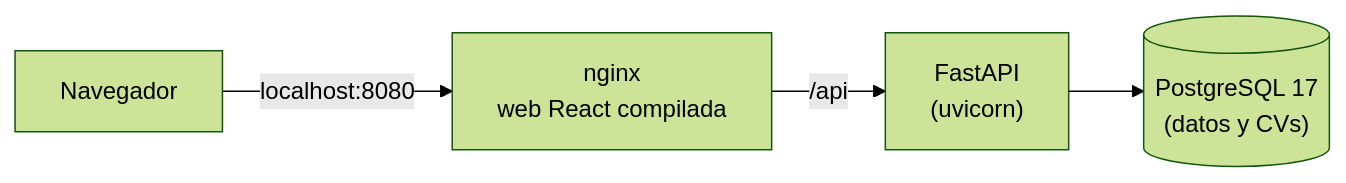
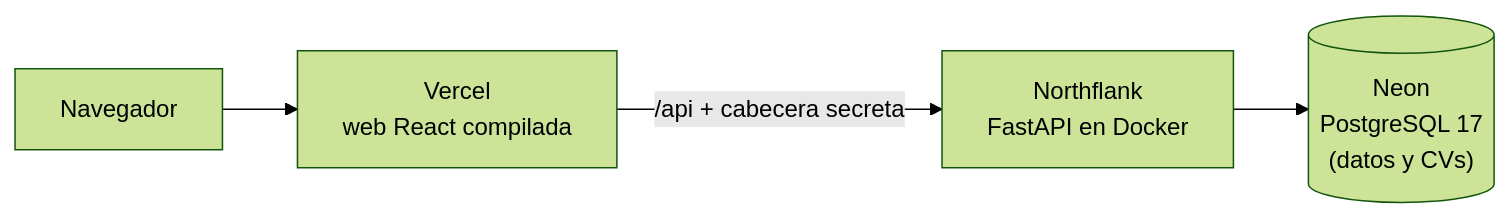
The diagram in README.md (Vicram4/cafe-sinnoh), drawn with Mermaid (forest theme) before and after one commit. The commit also changed other lines of this file and 8 other files, not shown here.

Commit message:
docs: add demo link, screenshots and production architecture to the README

````diff
--- a/README.md
+++ b/README.md
@@ -39,6 +55,6 @@
 ```mermaid
 flowchart LR
-    U[Navegador] -->|"localhost:8080"| N["nginx<br/>web React compilada"]
-    N -->|"/api"| B["FastAPI<br/>(uvicorn)"]
-    B --> D[("PostgreSQL 17<br/>(datos y CVs)")]
+    U[Navegador] --> V["Vercel<br/>web React compilada"]
+    V -->|"/api + cabecera secreta"| B["Northflank<br/>FastAPI en Docker"]
+    B --> D[("Neon<br/>PostgreSQL 17<br/>(datos y CVs)")]
 ```
````
